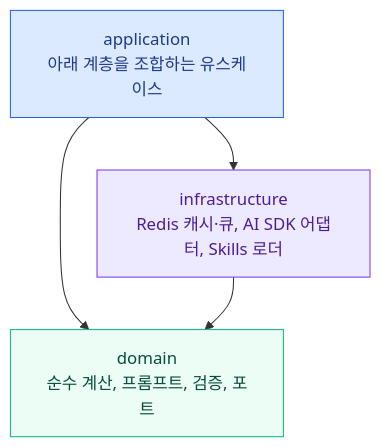
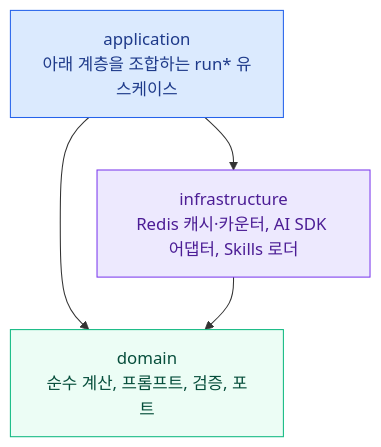
The diagram in README.ko.md (y0ngha/siglens-core), drawn with Mermaid before and after one commit. The commit also changed other lines of this file and 10 other files, not shown here.

````diff
--- a/README.ko.md
+++ b/README.ko.md
@@ -62,14 +82,14 @@
 ```mermaid
 flowchart TB
-    APP[application<br/>아래 계층을 조합하는 유스케이스] --> INFRA
+    APP[application<br/>아래 계층을 조합하는 run* 유스케이스] --> INFRA
     APP --> DOMAIN
-    INFRA[infrastructure<br/>Redis 캐시·큐, AI SDK 어댑터, Skills 로더] --> DOMAIN
+    INFRA[infrastructure<br/>Redis 캐시·카운터, AI SDK 어댑터, Skills 로더] --> DOMAIN
     DOMAIN[domain<br/>순수 계산, 프롬프트, 검증, 포트]
 
     classDef app fill:#dbeafe,stroke:#2563eb,color:#1e3a8a
     classDef infra fill:#ede9fe,stroke:#7c3aed,color:#4c1d95
     classDef domain fill:#ecfdf5,stroke:#10b981,color:#064e3b
     class APP app
     class INFRA infra
     class DOMAIN domain
 ```
````
